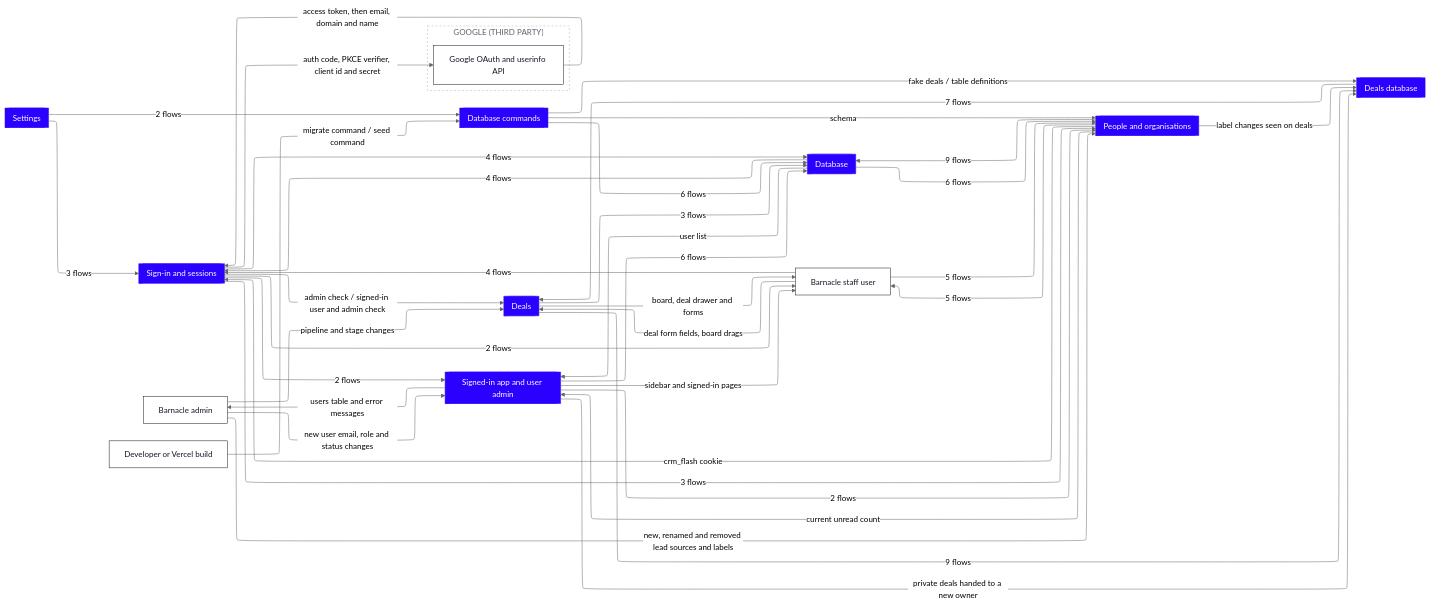
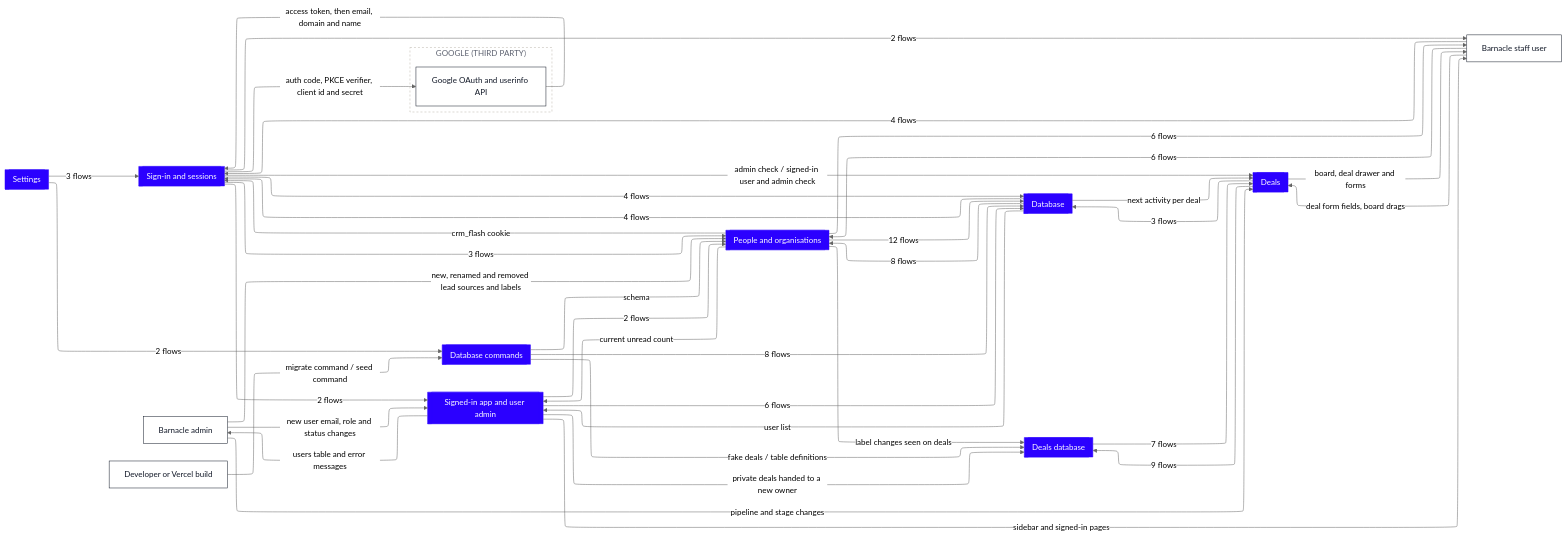
The first of 10 diagrams in dataflow/DATAFLOW.md (Romain-Perche/Barnacle-Pipe), drawn with Mermaid (neutral theme) before and after one commit. The commit also changed other lines of this file and 12 other files, not shown here.

````diff
--- a/dataflow/DATAFLOW.md
+++ b/dataflow/DATAFLOW.md
@@ -11,66 +11,67 @@
 ```mermaid
 ---
 config:
   layout: elk
 ---
 flowchart LR
     n1[["Database"]]
     n2[["Database commands"]]
     n3[["Deals"]]
     n4[["Deals database"]]
     n5[["People and organisations"]]
     n6[["Settings"]]
     n7[["Sign-in and sessions"]]
     n8[["Signed-in app and user admin"]]
     n9["Barnacle admin"]
     n10["Developer or Vercel build"]
     n11["Barnacle staff user"]
     subgraph z1["GOOGLE (THIRD PARTY)"]
         n12["Google OAuth and userinfo API"]
     end
+    n5 -->|"12 flows"| n1
+    n5 -->|"6 flows"| n11
+    n1 -->|"8 flows"| n5
+    n1 -->|"next activity per deal"| n3
     n9 -->|"new, renamed and removed lead sources and labels"| n5
     n9 -->|"pipeline and stage changes"| n3
     n9 -->|"new user email, role and status changes"| n8
     n8 -->|"2 flows"| n5
     n8 -->|"sidebar and signed-in pages"| n11
-    n5 -->|"9 flows"| n1
     n5 -->|"label changes seen on deals"| n4
-    n1 -->|"6 flows"| n5
     n7 -->|"4 flows"| n1
-    n5 -->|"5 flows"| n11
     n4 -->|"7 flows"| n3
     n3 -->|"9 flows"| n4
     n3 -->|"3 flows"| n1
     n3 -->|"board, deal drawer and forms"| n11
     n10 -->|"migrate command / seed command"| n2
     n6 -->|"3 flows"| n7
     n6 -->|"2 flows"| n2
     n7 -->|"auth code, PKCE verifier, client id and secret"| n12
     n7 -->|"2 flows"| n11
     n12 -->|"access token, then email, domain and name"| n7
+    n2 -->|"8 flows"| n1
     n2 -->|"fake deals / table definitions"| n4
     n2 -->|"schema"| n5
-    n2 -->|"6 flows"| n1
     n5 -->|"current unread count"| n8
     n5 -->|"crm_flash cookie"| n7
+    n7 -->|"3 flows"| n5
     n7 -->|"2 flows"| n8
-    n7 -->|"3 flows"| n5
     n7 -->|"admin check / signed-in user and admin check"| n3
     n1 -->|"4 flows"| n7
-    n11 -->|"5 flows"| n5
+    n11 -->|"6 flows"| n5
     n11 -->|"deal form fields, board drags"| n3
     n11 -->|"4 flows"| n7
     n8 -->|"users table and error messages"| n9
     n8 -->|"private deals handed to a new owner"| n4
     n8 -->|"6 flows"| n1
     n1 -->|"user list"| n8
     classDef actor fill:#FFFFFF,stroke:#111827,stroke-width:1px,color:#111827
     classDef process fill:#EDEAFF,stroke:#2B00FF,stroke-width:1.5px,color:#111827
     classDef store fill:#FAF6F1,stroke:#111827,stroke-width:1.5px,color:#111827
     classDef zone fill:#1A1A1A,stroke:#1A1A1A,color:#FFFFFF
     classDef group fill:#2B00FF,stroke:#2B00FF,color:#FFFFFF
     classDef stub fill:#FFFFFF,stroke:#2B00FF,stroke-width:1.5px,stroke-dasharray:5 4,color:#2B00FF
     class n9,n10,n11,n12 actor
     class n1,n2,n3,n4,n5,n6,n7,n8 group
     style z1 fill:#FFFFFF,stroke:#B9B2A8,stroke-dasharray:4 4,color:#5D6270
 ```
````
